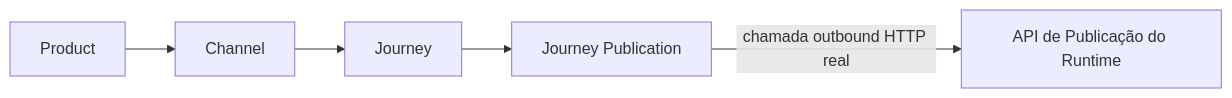
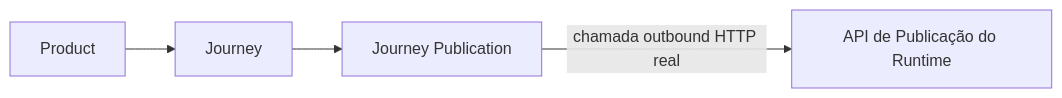
One commit to hermesnet-git/journey-admin changed the fifth of 9 diagrams in requisitos/admin/ej-admin-arquitetura-logica.md. Above: the diagram before and after it, drawn with Mermaid. The commit also changed other lines of this file and 230 other files, not shown here.

````diff
--- a/requisitos/admin/ej-admin-arquitetura-logica.md
+++ b/requisitos/admin/ej-admin-arquitetura-logica.md
@@ -431,13 +446,11 @@
 ```mermaid
 flowchart LR
     PRODUCT[Product]
-    CHANNEL[Channel]
     JOURNEY[Journey]
     PUBLICATION[Journey Publication]
     RUNTIME_API[API de Publicação do Runtime]
 
-    PRODUCT --> CHANNEL
-    CHANNEL --> JOURNEY
+    PRODUCT --> JOURNEY
     JOURNEY --> PUBLICATION
     PUBLICATION -->|chamada outbound HTTP real| RUNTIME_API
 ```
````
